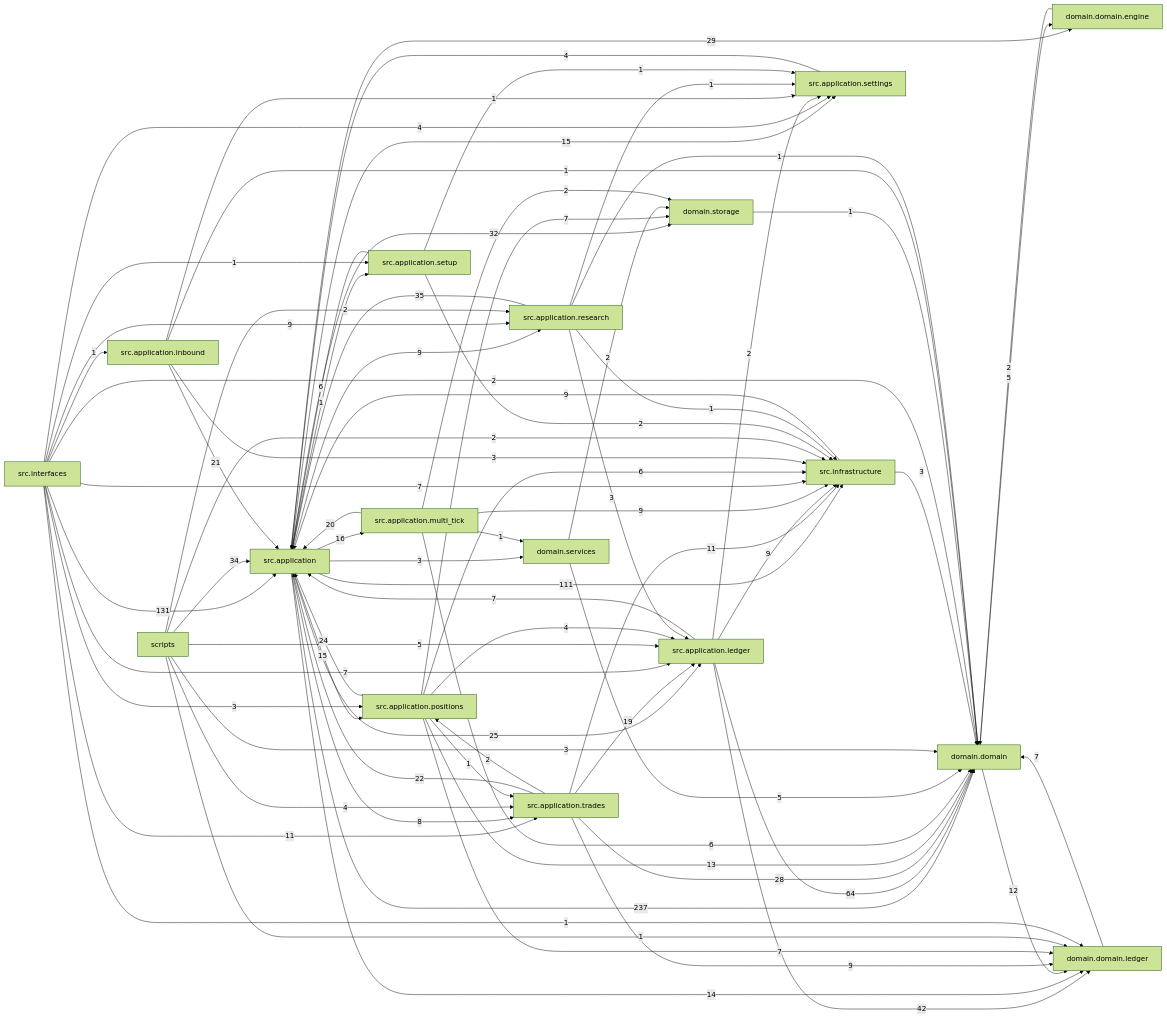
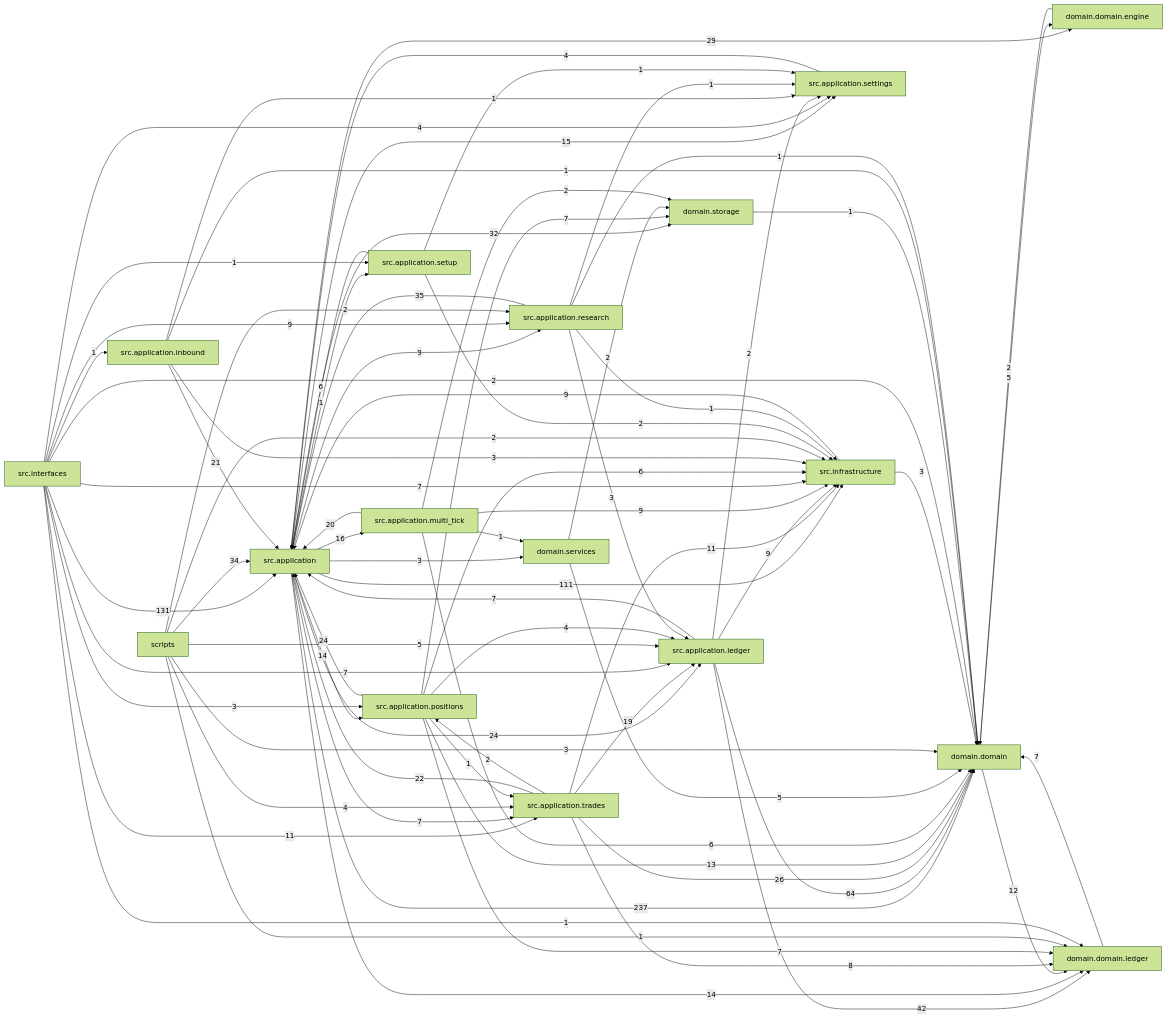
The diagram in docs/dependency_graph.mmd (liuxie066/options-monitor), drawn with Mermaid (forest theme) before and after one commit. The commit also changed 6 other files, not shown here.

```diff
--- a/docs/dependency_graph.mmd
+++ b/docs/dependency_graph.mmd
@@ -1,77 +1,77 @@
 flowchart LR
   src_application["src.application"] -->|237| domain_domain["domain.domain"]
   src_interfaces["src.interfaces"] -->|131| src_application["src.application"]
   src_application["src.application"] -->|111| src_infrastructure["src.infrastructure"]
   src_application_ledger["src.application.ledger"] -->|64| domain_domain["domain.domain"]
   src_application_ledger["src.application.ledger"] -->|42| domain_domain_ledger["domain.domain.ledger"]
   src_application_research["src.application.research"] -->|35| src_application["src.application"]
   scripts["scripts"] -->|34| src_application["src.application"]
   src_application["src.application"] -->|32| domain_storage["domain.storage"]
   src_application["src.application"] -->|29| domain_domain_engine["domain.domain.engine"]
-  src_application_trades["src.application.trades"] -->|28| domain_domain["domain.domain"]
-  src_application["src.application"] -->|25| src_application_ledger["src.application.ledger"]
+  src_application_trades["src.application.trades"] -->|26| domain_domain["domain.domain"]
+  src_application["src.application"] -->|24| src_application_ledger["src.application.ledger"]
   src_application_positions["src.application.positions"] -->|24| src_application["src.application"]
   src_application_trades["src.application.trades"] -->|22| src_application["src.application"]
   src_application_inbound["src.application.inbound"] -->|21| src_application["src.application"]
   src_application_multi_tick["src.application.multi_tick"] -->|20| src_application["src.application"]
   src_application_trades["src.application.trades"] -->|19| src_application_ledger["src.application.ledger"]
   src_application["src.application"] -->|16| src_application_multi_tick["src.application.multi_tick"]
-  src_application["src.application"] -->|15| src_application_positions["src.application.positions"]
   src_application["src.application"] -->|15| src_application_settings["src.application.settings"]
   src_application["src.application"] -->|14| domain_domain_ledger["domain.domain.ledger"]
+  src_application["src.application"] -->|14| src_application_positions["src.application.positions"]
   src_application_positions["src.application.positions"] -->|13| domain_domain["domain.domain"]
   domain_domain["domain.domain"] -->|12| domain_domain_ledger["domain.domain.ledger"]
   src_application_trades["src.application.trades"] -->|11| src_infrastructure["src.infrastructure"]
   src_interfaces["src.interfaces"] -->|11| src_application_trades["src.application.trades"]
   src_application["src.application"] -->|9| src_application_research["src.application.research"]
   src_application_ledger["src.application.ledger"] -->|9| src_infrastructure["src.infrastructure"]
   src_application_multi_tick["src.application.multi_tick"] -->|9| src_infrastructure["src.infrastructure"]
-  src_application_trades["src.application.trades"] -->|9| domain_domain_ledger["domain.domain.ledger"]
   src_infrastructure["src.infrastructure"] -->|9| src_application["src.application"]
   src_interfaces["src.interfaces"] -->|9| src_application_research["src.application.research"]
-  src_application["src.application"] -->|8| src_application_trades["src.application.trades"]
+  src_application_trades["src.application.trades"] -->|8| domain_domain_ledger["domain.domain.ledger"]
   domain_domain_ledger["domain.domain.ledger"] -->|7| domain_domain["domain.domain"]
+  src_application["src.application"] -->|7| src_application_trades["src.application.trades"]
   src_application_ledger["src.application.ledger"] -->|7| src_application["src.application"]
   src_application_positions["src.application.positions"] -->|7| domain_domain_ledger["domain.domain.ledger"]
   src_application_positions["src.application.positions"] -->|7| domain_storage["domain.storage"]
   src_interfaces["src.interfaces"] -->|7| src_application_ledger["src.application.ledger"]
   src_interfaces["src.interfaces"] -->|7| src_infrastructure["src.infrastructure"]
   src_application_multi_tick["src.application.multi_tick"] -->|6| domain_domain["domain.domain"]
   src_application_positions["src.application.positions"] -->|6| src_infrastructure["src.infrastructure"]
   src_application_setup["src.application.setup"] -->|6| src_application["src.application"]
   domain_domain["domain.domain"] -->|5| domain_domain_engine["domain.domain.engine"]
   domain_services["domain.services"] -->|5| domain_domain["domain.domain"]
   scripts["scripts"] -->|5| src_application_ledger["src.application.ledger"]
   scripts["scripts"] -->|4| src_application_trades["src.application.trades"]
   src_application_positions["src.application.positions"] -->|4| src_application_ledger["src.application.ledger"]
   src_application_settings["src.application.settings"] -->|4| src_application["src.application"]
   src_interfaces["src.interfaces"] -->|4| src_application_settings["src.application.settings"]
   scripts["scripts"] -->|3| domain_domain["domain.domain"]
   src_application["src.application"] -->|3| domain_services["domain.services"]
   src_application_inbound["src.application.inbound"] -->|3| src_infrastructure["src.infrastructure"]
   src_application_research["src.application.research"] -->|3| src_application_ledger["src.application.ledger"]
   src_infrastructure["src.infrastructure"] -->|3| domain_domain["domain.domain"]
   src_interfaces["src.interfaces"] -->|3| src_application_positions["src.application.positions"]
   domain_domain_engine["domain.domain.engine"] -->|2| domain_domain["domain.domain"]
   domain_services["domain.services"] -->|2| domain_storage["domain.storage"]
   scripts["scripts"] -->|2| src_application_research["src.application.research"]
   scripts["scripts"] -->|2| src_infrastructure["src.infrastructure"]
   src_application_ledger["src.application.ledger"] -->|2| src_application_settings["src.application.settings"]
   src_application_multi_tick["src.application.multi_tick"] -->|2| domain_storage["domain.storage"]
   src_application_setup["src.application.setup"] -->|2| src_infrastructure["src.infrastructure"]
   src_application_trades["src.application.trades"] -->|2| src_application_positions["src.application.positions"]
   src_interfaces["src.interfaces"] -->|2| domain_domain["domain.domain"]
   domain_storage["domain.storage"] -->|1| domain_domain["domain.domain"]
   scripts["scripts"] -->|1| domain_domain_ledger["domain.domain.ledger"]
   src_application["src.application"] -->|1| src_application_setup["src.application.setup"]
   src_application_inbound["src.application.inbound"] -->|1| domain_domain["domain.domain"]
   src_application_inbound["src.application.inbound"] -->|1| src_application_settings["src.application.settings"]
   src_application_multi_tick["src.application.multi_tick"] -->|1| domain_services["domain.services"]
   src_application_positions["src.application.positions"] -->|1| src_application_trades["src.application.trades"]
   src_application_research["src.application.research"] -->|1| domain_domain["domain.domain"]
   src_application_research["src.application.research"] -->|1| src_application_settings["src.application.settings"]
   src_application_research["src.application.research"] -->|1| src_infrastructure["src.infrastructure"]
   src_application_setup["src.application.setup"] -->|1| src_application_settings["src.application.settings"]
   src_interfaces["src.interfaces"] -->|1| domain_domain_ledger["domain.domain.ledger"]
   src_interfaces["src.interfaces"] -->|1| src_application_inbound["src.application.inbound"]
   src_interfaces["src.interfaces"] -->|1| src_application_setup["src.application.setup"]
```
